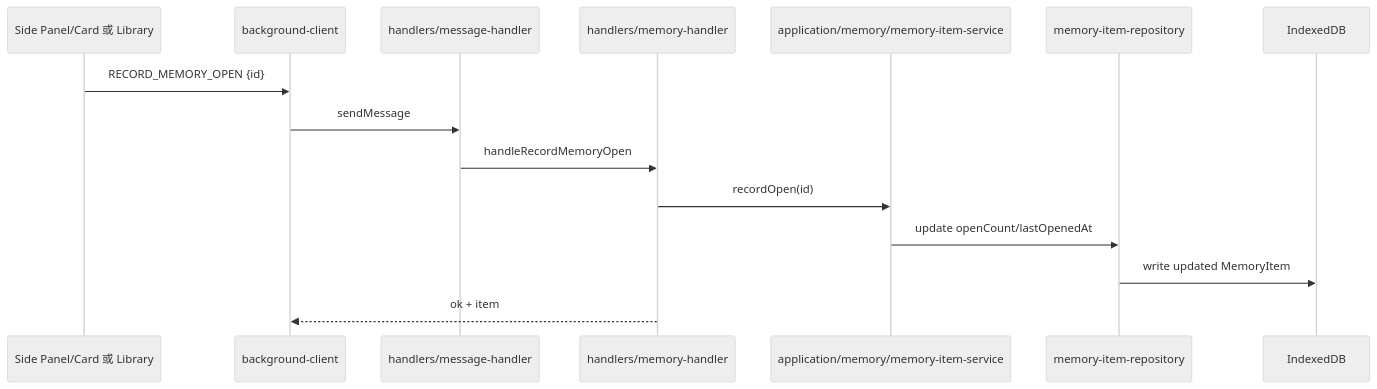
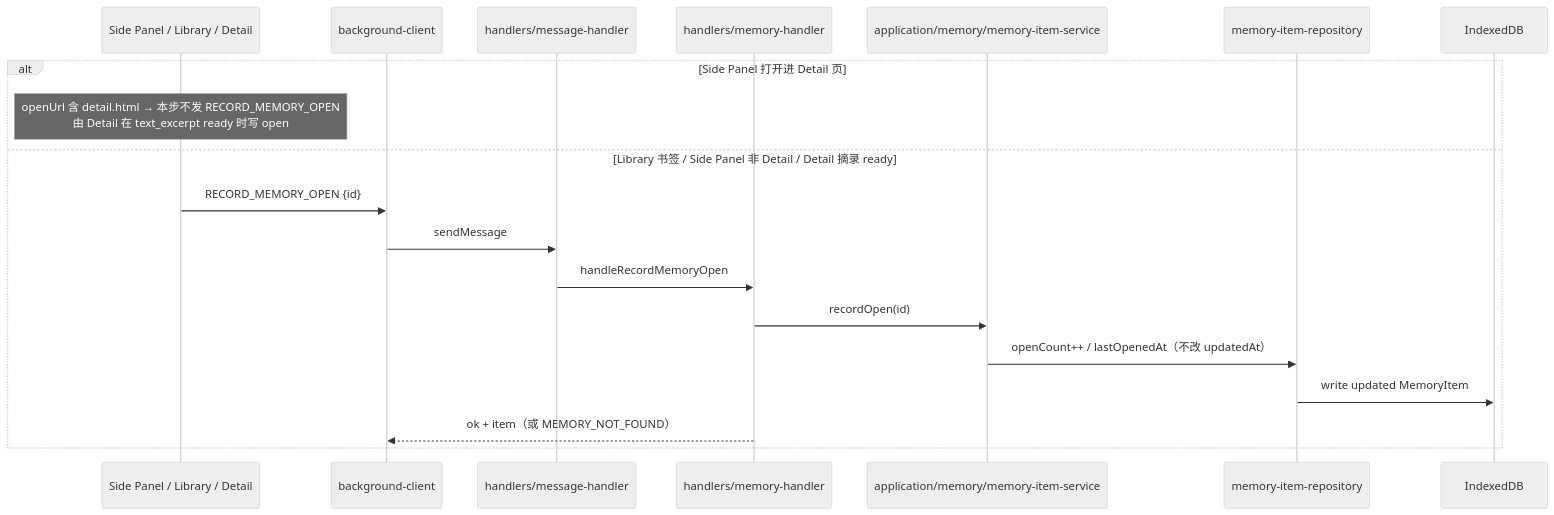
One commit to yiveno/yiveno changed the fifth of 8 diagrams in docs/architecture/Yiveno-运行时架构流程-v1.md. Above: the diagram before and after it, drawn with Mermaid (neutral theme). The commit also changed other lines of this file and 48 other files, not shown here.

First line of the commit message:
docs: mermaid 图表库与 figma/cws 截图对齐

````diff
--- a/docs/architecture/Yiveno-运行时架构流程-v1.md
+++ b/docs/architecture/Yiveno-运行时架构流程-v1.md
@@ -296,18 +458,22 @@
 ```mermaid
 sequenceDiagram
-  participant UI as Side Panel/Card 或 Library
+  participant UI as Side Panel / Library / Detail
   participant BC as background-client
   participant MH as handlers/message-handler
   participant MHB as handlers/memory-handler
   participant APP as application/memory/memory-item-service
   participant REPO as memory-item-repository
   participant IDB as IndexedDB
 
-  UI->>BC: RECORD_MEMORY_OPEN {id}
-  BC->>MH: sendMessage
-  MH->>MHB: handleRecordMemoryOpen
-  MHB->>APP: recordOpen(id)
-  APP->>REPO: update openCount/lastOpenedAt
-  REPO->>IDB: write updated MemoryItem
-  MHB-->>BC: ok + item
+  alt Side Panel 打开进 Detail 页
+    Note over UI: openUrl 含 detail.html → 本步不发 RECORD_MEMORY_OPEN<br/>由 Detail 在 text_excerpt ready 时写 open
+  else Library 书签 / Side Panel 非 Detail / Detail 摘录 ready
+    UI->>BC: RECORD_MEMORY_OPEN {id}
+    BC->>MH: sendMessage
+    MH->>MHB: handleRecordMemoryOpen
+    MHB->>APP: recordOpen(id)
+    APP->>REPO: openCount++ / lastOpenedAt（不改 updatedAt）
+    REPO->>IDB: write updated MemoryItem
+    MHB-->>BC: ok + item（或 MEMORY_NOT_FOUND）
+  end
 ```
````
